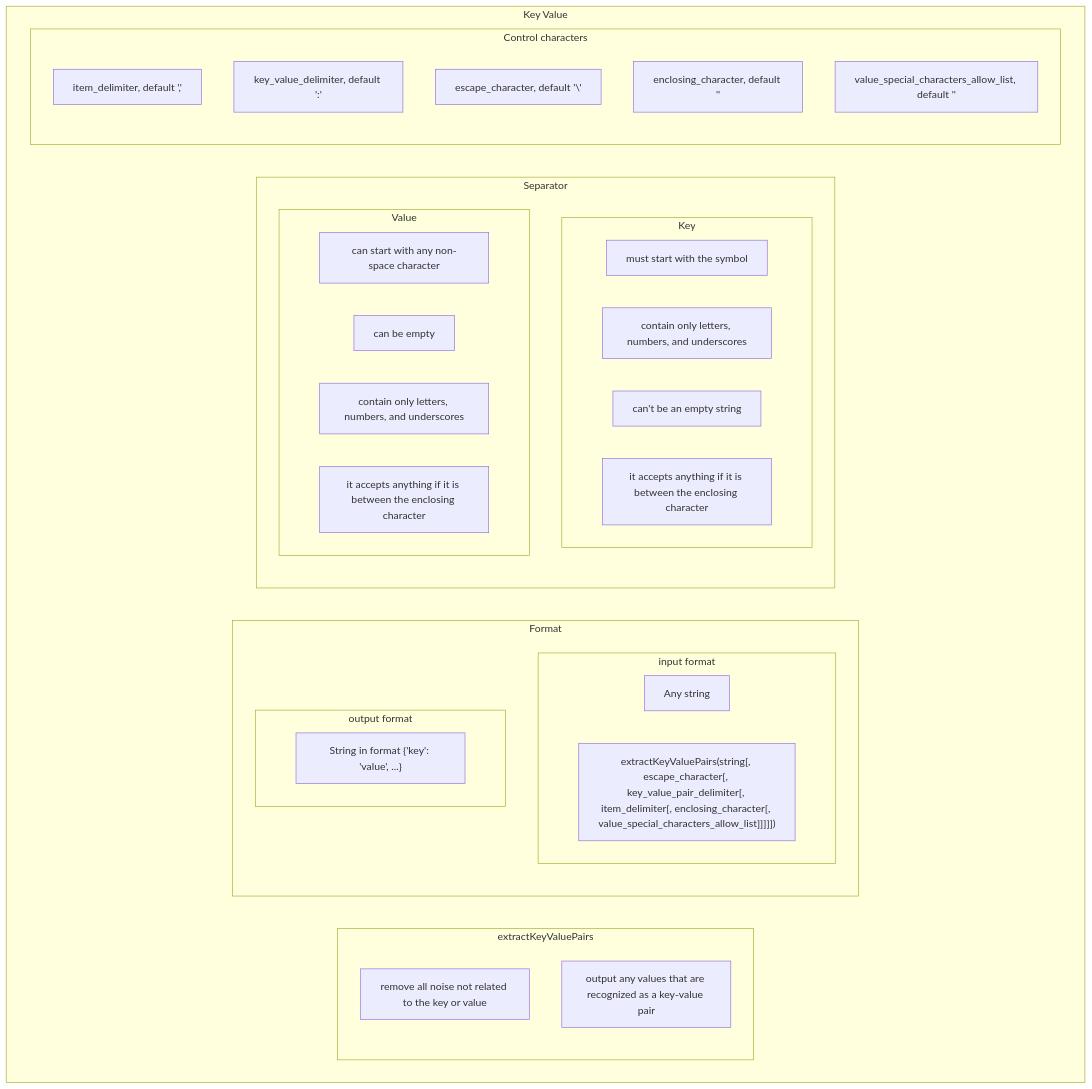
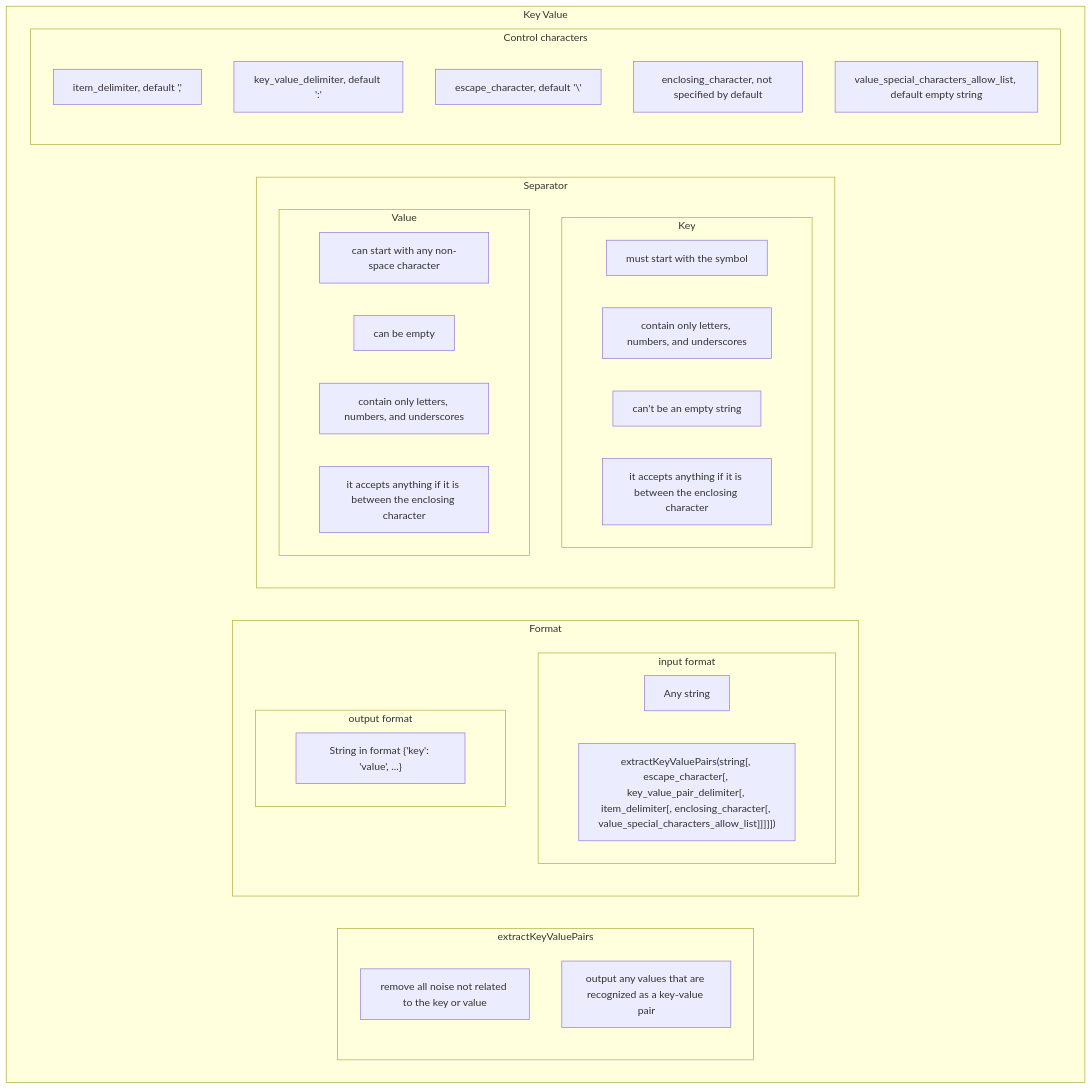
One commit to Altinity/clickhouse-regression changed the diagram in key_value/requirements/requirements.md. Above: the diagram before and after it, drawn with Mermaid. The commit also changed other lines of this file and 6 other files, not shown here.

````diff
--- a/key_value/requirements/requirements.md
+++ b/key_value/requirements/requirements.md
@@ -53,47 +55,47 @@
 ```mermaid
 flowchart LR
   subgraph Key Value
     direction LR
     subgraph A[extractKeyValuePairs]
         A1[remove all noise not related to the key or value]
         A2[output any values that are recognized as a key-value pair]
     end
     subgraph E[Format]
         direction TB
         subgraph E1[input format]
             direction LR
             E11[Any string]
             E12["extractKeyValuePairs(string[, escape_character[, key_value_pair_delimiter[, item_delimiter[, enclosing_character[, value_special_characters_allow_list]]]]])"]
         end
         subgraph E2[output format]
             direction LR 
             E21["String in format {'key': 'value', ...}"]
         end
     end  
     subgraph Z[Separator]
         direction TB
         subgraph Z1[Key]
             direction LR
             Z11[must start with the symbol]
             Z12[contain only letters, numbers, and underscores]
             Z13[can't be an empty string]
             Z14[it accepts anything if it is between the enclosing character]
         end
         subgraph Z2[Value]
             direction LR
             Z21[can start with any non-space character]
             Z22[can be empty]
             Z23[contain only letters, numbers, and underscores]
             Z24[it accepts anything if it is between the enclosing character]
         end
     end
     subgraph Q[Сontrol сharacters]
         direction TB
         Q1[item_delimiter, default ',']
         Q2[key_value_delimiter, default ':']
         Q3[escape_character, default '\']
-        Q4[enclosing_character, default '']
-        Q5[value_special_characters_allow_list, default '']
+        Q4[enclosing_character, not specified by default]
+        Q5[value_special_characters_allow_list, default empty string]
     end
   end
 ```
````
